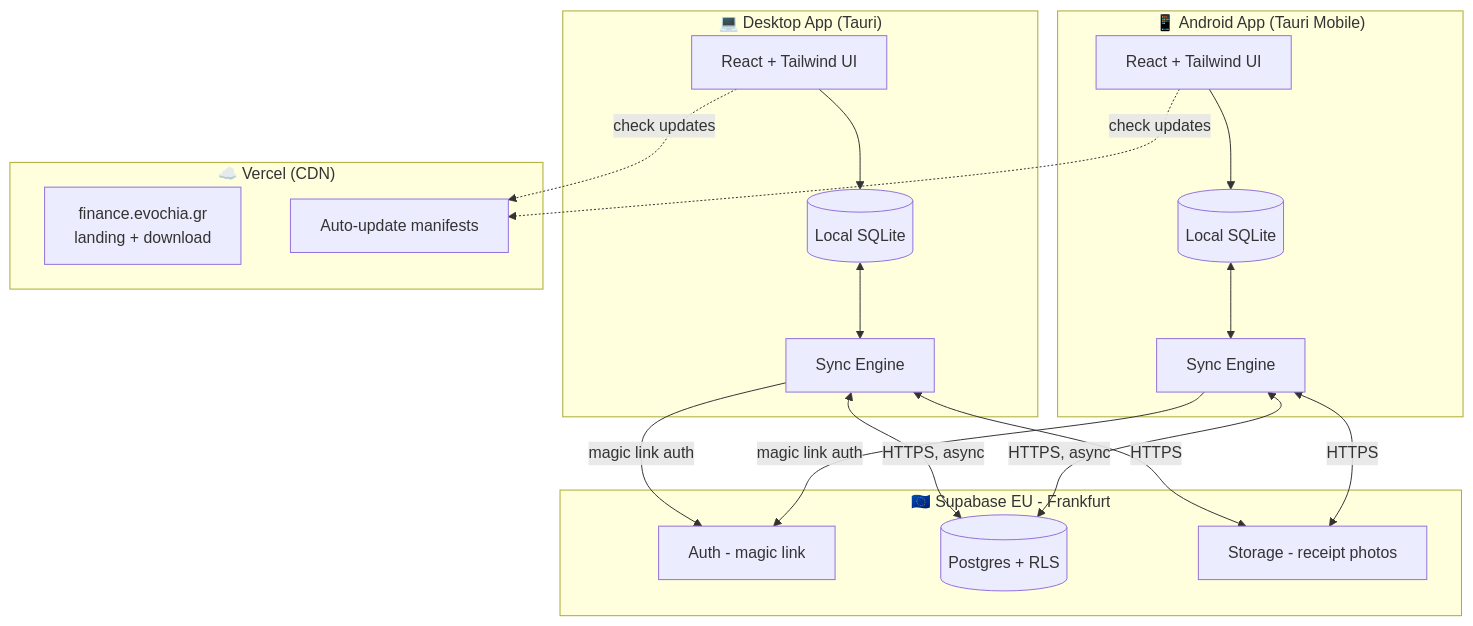
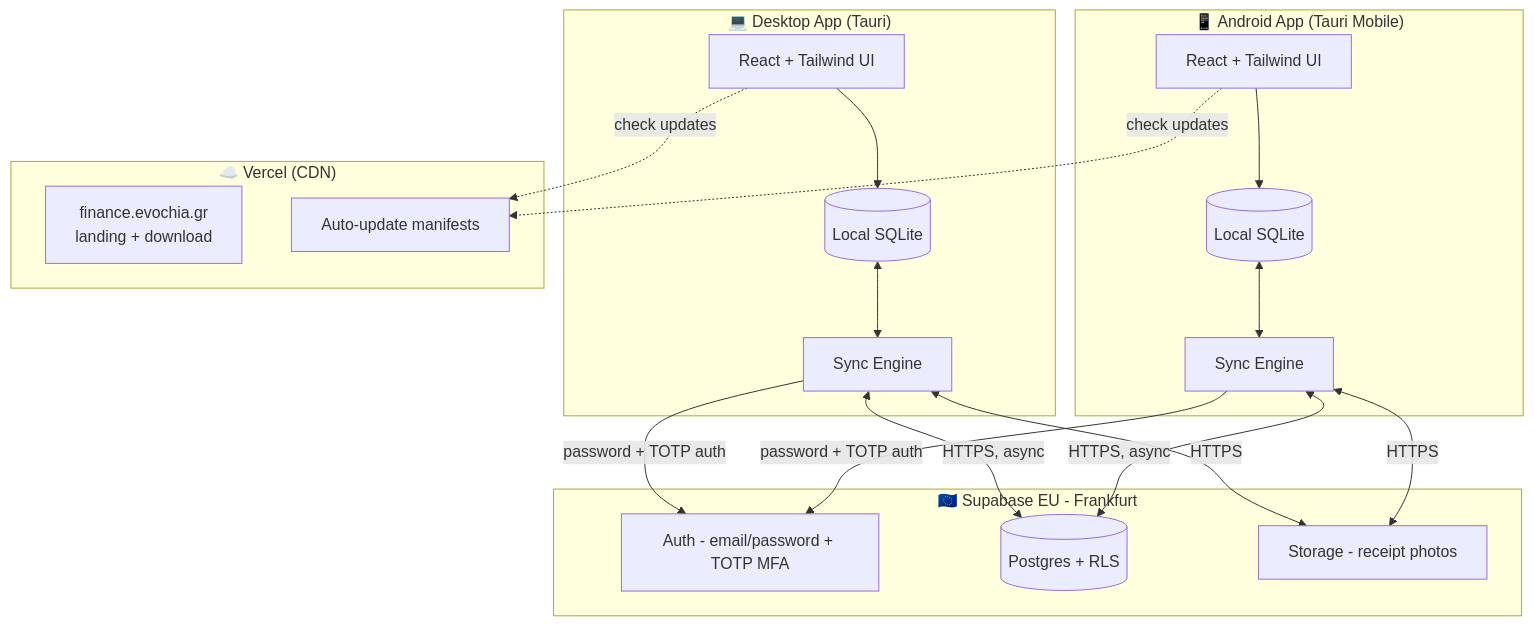
One commit to heraklist/Rheo_Finance changed the first of 4 diagrams in docs/Evochia_Finance_Project_Plan_v1.1.md. Above: the diagram before and after it, drawn with Mermaid. The commit also changed other lines of this file and 15 other files, not shown here.

````diff
--- a/docs/Evochia_Finance_Project_Plan_v1.1.md
+++ b/docs/Evochia_Finance_Project_Plan_v1.1.md
@@ -147,38 +147,38 @@
 ```mermaid
 graph TB
     subgraph DesktopApp["💻 Desktop App (Tauri)"]
         DesktopUI[React + Tailwind UI]
         DesktopDB[(Local SQLite)]
         DesktopSync[Sync Engine]
     end
 
     subgraph AndroidApp["📱 Android App (Tauri Mobile)"]
         AndroidUI[React + Tailwind UI]
         AndroidDB[(Local SQLite)]
         AndroidSync[Sync Engine]
     end
 
     subgraph Vercel["☁️ Vercel (CDN)"]
         Landing[finance.evochia.gr<br/>landing + download]
         Updater[Auto-update manifests]
     end
 
     subgraph Supabase["🇪🇺 Supabase EU - Frankfurt"]
-        Auth[Auth - magic link]
+        Auth[Auth - email/password + TOTP MFA]
         Postgres[(Postgres + RLS)]
         Storage[Storage - receipt photos]
     end
 
     DesktopUI --> DesktopDB
     AndroidUI --> AndroidDB
     DesktopDB <--> DesktopSync
     AndroidDB <--> AndroidSync
     DesktopSync <-->|HTTPS, async| Postgres
     AndroidSync <-->|HTTPS, async| Postgres
     DesktopSync <-->|HTTPS| Storage
     AndroidSync <-->|HTTPS| Storage
     DesktopUI -.->|check updates| Updater
     AndroidUI -.->|check updates| Updater
-    DesktopSync -->|magic link auth| Auth
-    AndroidSync -->|magic link auth| Auth
+    DesktopSync -->|password + TOTP auth| Auth
+    AndroidSync -->|password + TOTP auth| Auth
 ```
````
